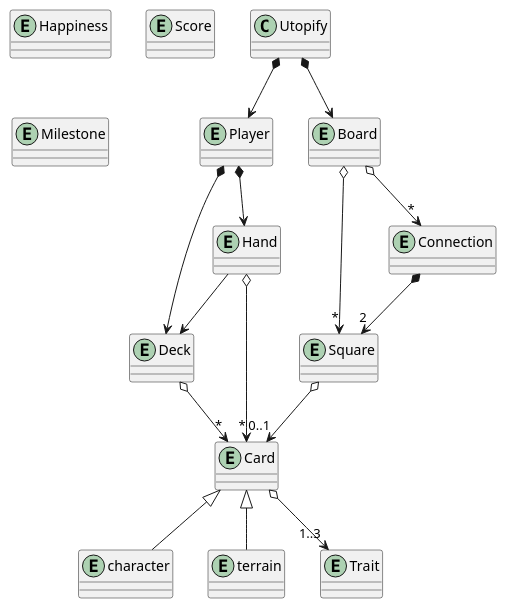
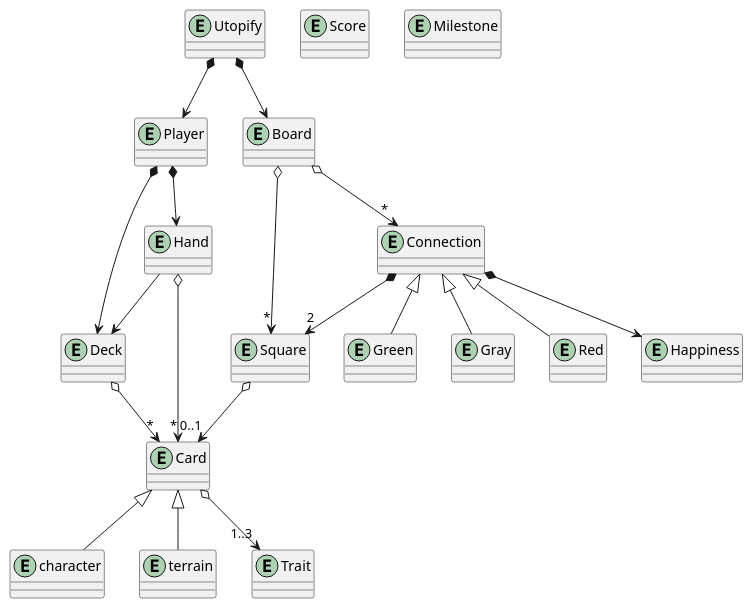
Before and after one commit to Juan-Albert/Utopify: the diagram in Diagrams/UML/DomainModel.puml, drawn with PlantUML.

Commit message:
feat(Diagrams): there are types of connections depending of the happiness points they have

```diff
--- a/Diagrams/UML/DomainModel.puml
+++ b/Diagrams/UML/DomainModel.puml
@@ -1,34 +1,41 @@
 @startuml
 
-class Utopify
+entity Utopify
 entity Player
 entity Deck
 entity Hand
 entity Card
 entity character
 entity terrain
 entity Trait
 entity Board
 entity Square
 entity Connection
+entity Green
+entity Gray
+entity Red
 entity Happiness
 entity Score
 entity Milestone
 
 Utopify *--> Player
 Player *--> Deck
 Player *--> Hand
 Hand --> Deck
 Hand o--> "*" Card
 Deck o--> "*" Card
 Card o--> "1..3" Trait
 Card <|-- character
 Card <|-- terrain
 
 Utopify *--> Board
 Board o--> "*" Square
 Board o--> "*" Connection
 Square o--> "0..1" Card
 Connection *--> "2" Square
+Connection *--> Happiness
+Connection <|-- Green
+Connection <|-- Gray
+Connection <|-- Red
  
 @enduml
```
